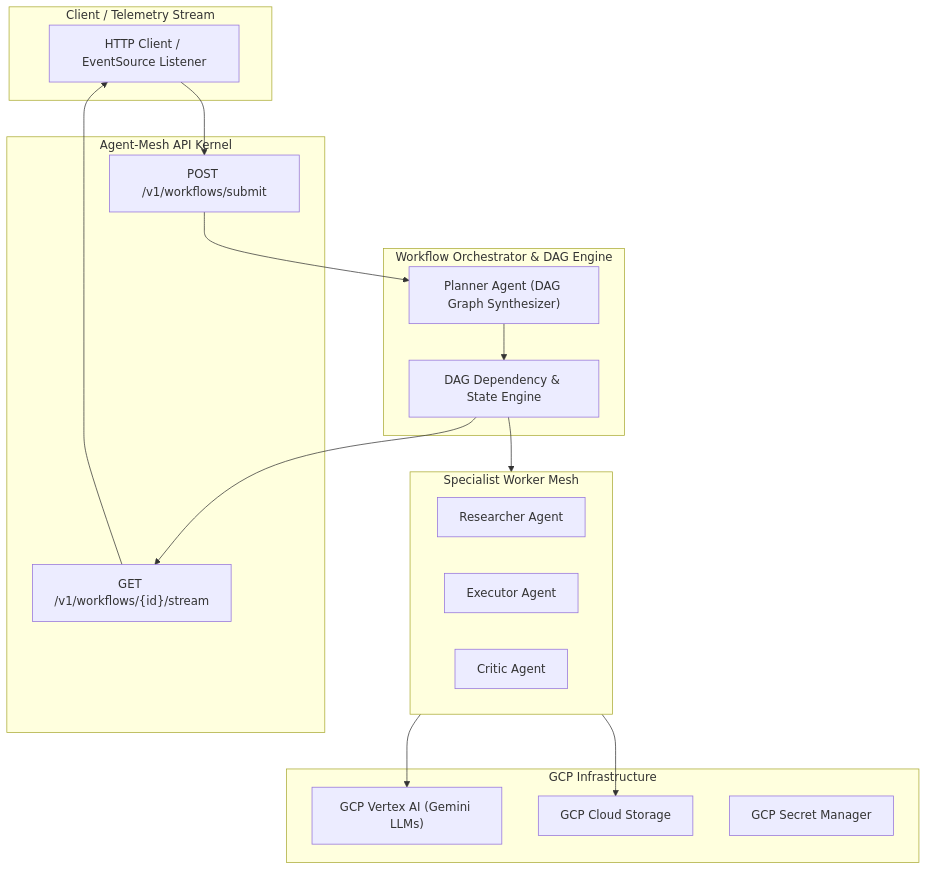
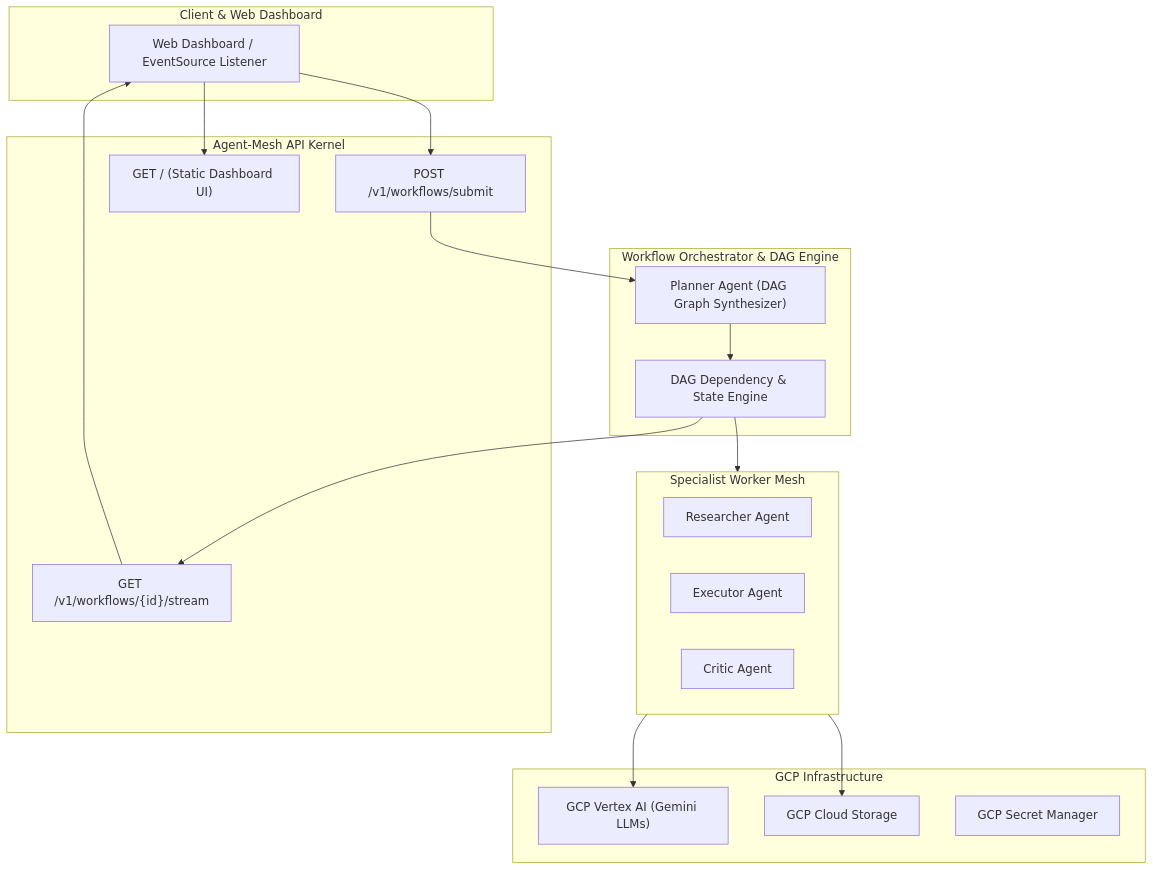
The diagram in README.md (melvincarassco/agent-mesh), drawn with Mermaid before and after one commit. The commit also changed other lines of this file, not shown here.

Commit message:
docs(readme): update README with multi-agent matrix, SSE streaming endpoints, and UI dashboard overview

````diff
--- a/README.md
+++ b/README.md
@@ -30,37 +31,39 @@
 ```mermaid
 flowchart TD
-    subgraph Client["Client / Telemetry Stream"]
-        HTTPClient["HTTP Client / EventSource Listener"]
+    subgraph Client["Client & Web Dashboard"]
+        HTTPClient["Web Dashboard / EventSource Listener"]
     end
 
     subgraph API_Kernel["Agent-Mesh API Kernel"]
         SubmitEndpoint["POST /v1/workflows/submit"]
         SSEEndpoint["GET /v1/workflows/{id}/stream"]
+        WebUI["GET / (Static Dashboard UI)"]
     end
 
     subgraph Orchestrator["Workflow Orchestrator & DAG Engine"]
         Planner["Planner Agent (DAG Graph Synthesizer)"]
         DAGEngine["DAG Dependency & State Engine"]
     end
 
     subgraph Specialist_Mesh["Specialist Worker Mesh"]
         Researcher["Researcher Agent"]
         Executor["Executor Agent"]
         Critic["Critic Agent"]
     end
 
     subgraph GCP_Cloud["GCP Infrastructure"]
         VertexAI["GCP Vertex AI (Gemini LLMs)"]
         CloudStorage["GCP Cloud Storage"]
         SecretManager["GCP Secret Manager"]
     end
 
+    HTTPClient --> WebUI
     HTTPClient --> SubmitEndpoint
     SubmitEndpoint --> Planner
     Planner --> DAGEngine
     DAGEngine --> Specialist_Mesh
     Specialist_Mesh --> VertexAI
     Specialist_Mesh --> CloudStorage
     DAGEngine --> SSEEndpoint
     SSEEndpoint --> HTTPClient
 ```
````
